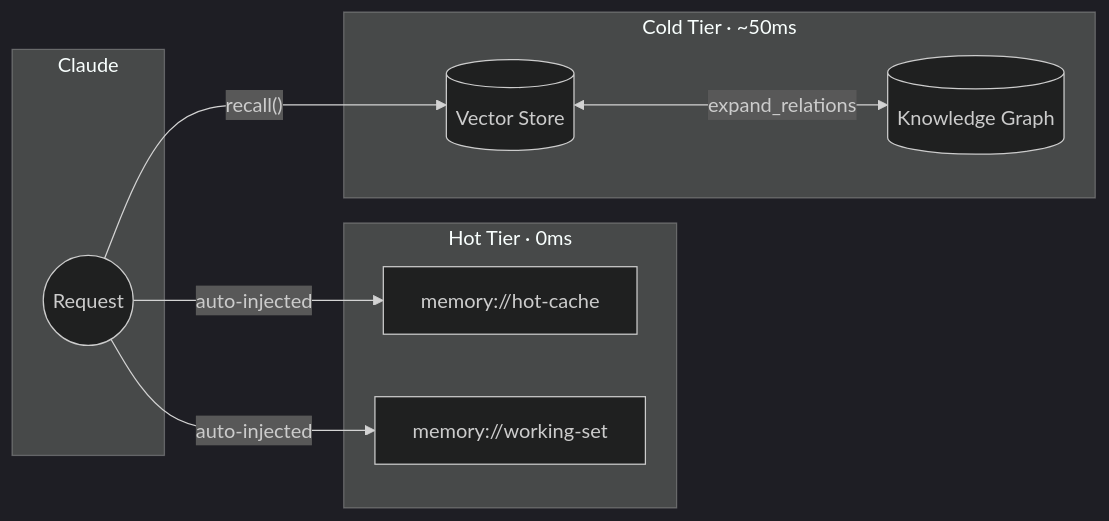
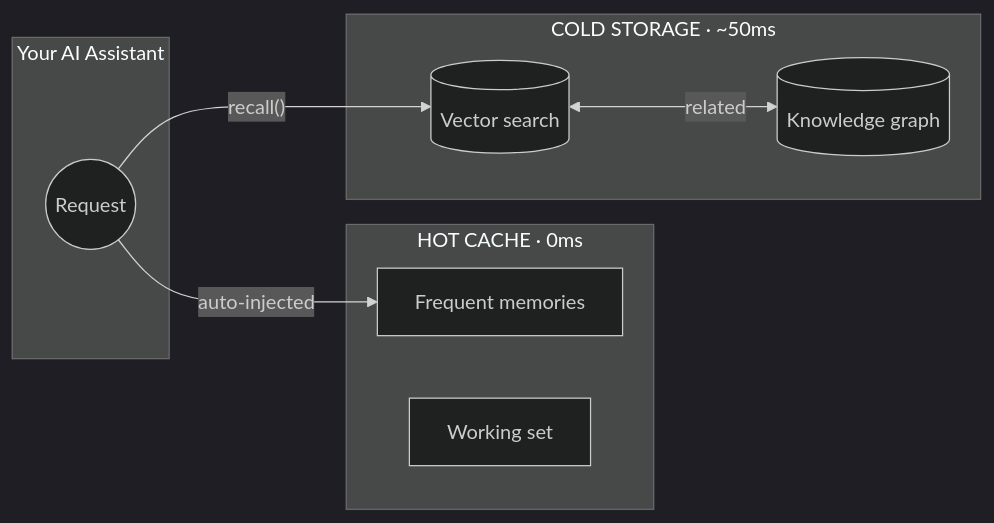
Before and after one commit to michael-denyer/memory-mcp: the diagram in README.md, drawn with Mermaid (dark theme). The commit also changed other lines of this file, not shown here.

````diff
--- a/README.md
+++ b/README.md
@@ -74,21 +93,20 @@
 ```mermaid
 flowchart LR
-    subgraph LLM["Claude"]
+    subgraph LLM["Your AI Assistant"]
         REQ((Request))
     end
 
-    subgraph Hot["Hot Tier · 0ms"]
-        HC[memory://hot-cache]
-        WS[memory://working-set]
+    subgraph Hot["HOT CACHE · 0ms"]
+        HC[Frequent memories]
+        WS[Working set]
     end
 
-    subgraph Cold["Cold Tier · ~50ms"]
-        VS[(Vector Store)]
-        KG[(Knowledge Graph)]
+    subgraph Cold["COLD STORAGE · ~50ms"]
+        VS[(Vector search)]
+        KG[(Knowledge graph)]
     end
 
     REQ -->|"auto-injected"| HC
-    REQ -->|"auto-injected"| WS
     REQ -->|"recall()"| VS
-    VS <-->|"expand_relations"| KG
+    VS <-->|"related"| KG
 ```
````
